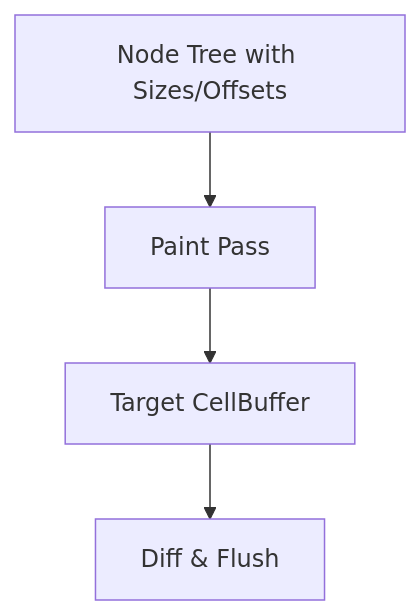
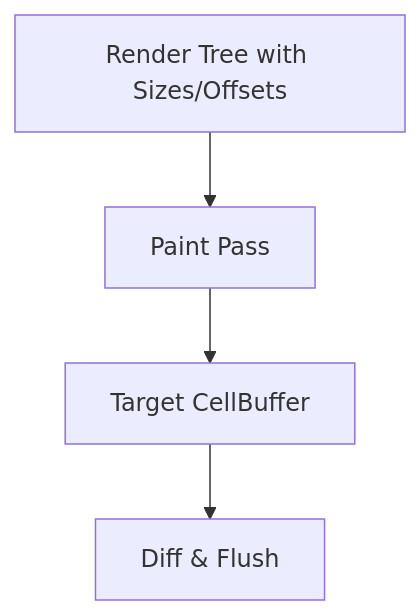
One commit to iapicca/t22e changed the diagram in tasks/milestone-3/task-3-3.md. Above: the diagram before and after it, drawn with Mermaid. The commit also changed other lines of this file and 5 other files, not shown here.

````diff
--- a/tasks/milestone-3/task-3-3.md
+++ b/tasks/milestone-3/task-3-3.md
@@ -16,6 +16,6 @@
 ```mermaid
 graph TD
-    A[Node Tree with Sizes/Offsets] --> B[Paint Pass]
+    A[Render Tree with Sizes/Offsets] --> B[Paint Pass]
     B --> C[Target CellBuffer]
     C --> D[Diff & Flush]
 ```
````
